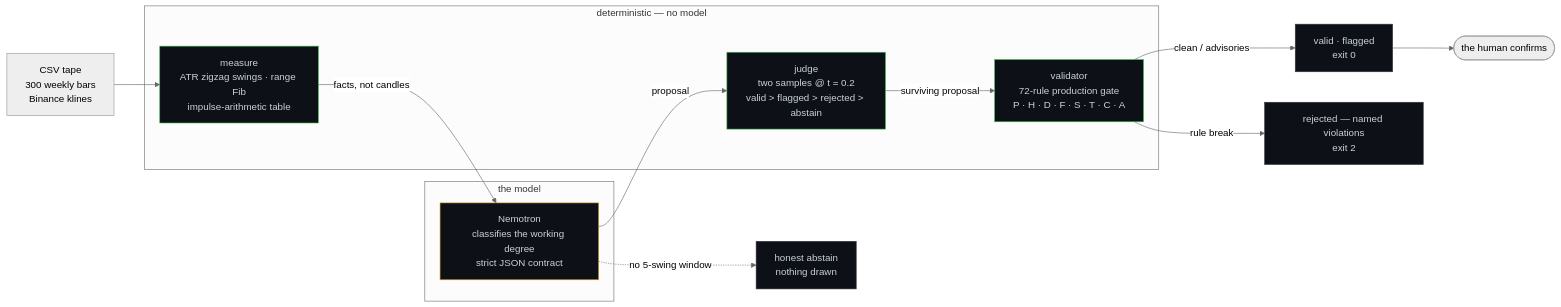
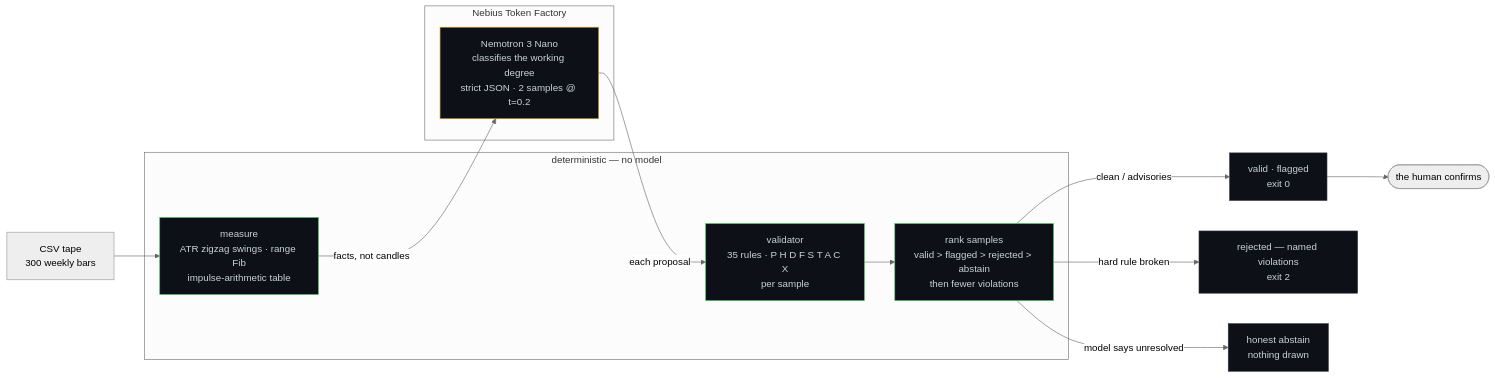
The diagram in README.md (tradecharts/tradecharts-nemotron), drawn with Mermaid (neutral theme) before and after one commit. The commit also changed other lines of this file and 21 other files, not shown here.

First line of the commit message:
Token Factory endpoint, --trace receipts, live evidence, accurate docs

````diff
--- a/README.md
+++ b/README.md
@@ -76,29 +63,29 @@
 ```mermaid
 flowchart LR
-    TAPE["CSV tape<br/>300 weekly bars<br/>Binance klines"] --> MEASURE
+    TAPE["CSV tape<br/>300 weekly bars"] --> MEASURE
 
     subgraph DETERMINISTIC ["deterministic — no model"]
         MEASURE["measure<br/>ATR zigzag swings · range Fib<br/>impulse-arithmetic table"]
-        VALIDATOR["validator<br/>72-rule production gate<br/>P · H · D · F · S · T · C · A"]
-        JUDGE["judge<br/>two samples @ t = 0.2<br/>valid &gt; flagged &gt; rejected &gt; abstain"]
+        VALIDATOR["validator<br/>35 rules · P H D F S T A C X<br/>per sample"]
+        RANK["rank samples<br/>valid &gt; flagged &gt; rejected &gt; abstain<br/>then fewer violations"]
     end
 
-    subgraph MODEL ["the model"]
-        NEMO["Nemotron<br/>classifies the working degree<br/>strict JSON contract"]
+    subgraph MODEL ["Nebius Token Factory"]
+        NEMO["Nemotron 3 Nano<br/>classifies the working degree<br/>strict JSON · 2 samples @ t=0.2"]
     end
 
     MEASURE -->|"facts, not candles"| NEMO
-    NEMO -->|"proposal"| JUDGE
-    JUDGE -->|"surviving proposal"| VALIDATOR
-    VALIDATOR -->|"clean / advisories"| OUT_OK["valid · flagged<br/>exit 0"]
-    VALIDATOR -->|"rule break"| OUT_NO["rejected — named violations<br/>exit 2"]
-    NEMO -.->|"no 5-swing window"| OUT_AB["honest abstain<br/>nothing drawn"]
+    NEMO -->|"each proposal"| VALIDATOR
+    VALIDATOR --> RANK
+    RANK -->|"clean / advisories"| OUT_OK["valid · flagged<br/>exit 0"]
+    RANK -->|"hard rule broken"| OUT_NO["rejected — named violations<br/>exit 2"]
+    RANK -->|"model says unresolved"| OUT_AB["honest abstain<br/>nothing drawn"]
     OUT_OK --> HUMAN(["the human confirms"])
 
     classDef det fill:#0d1117,stroke:#3fb950,color:#c9d1d9
     classDef mod fill:#0d1117,stroke:#d29922,color:#c9d1d9
     classDef out fill:#0d1117,stroke:#30363d,color:#c9d1d9
-    class MEASURE,VALIDATOR,JUDGE det
+    class MEASURE,VALIDATOR,RANK det
     class NEMO mod
     class OUT_OK,OUT_NO,OUT_AB out
 ```
````
